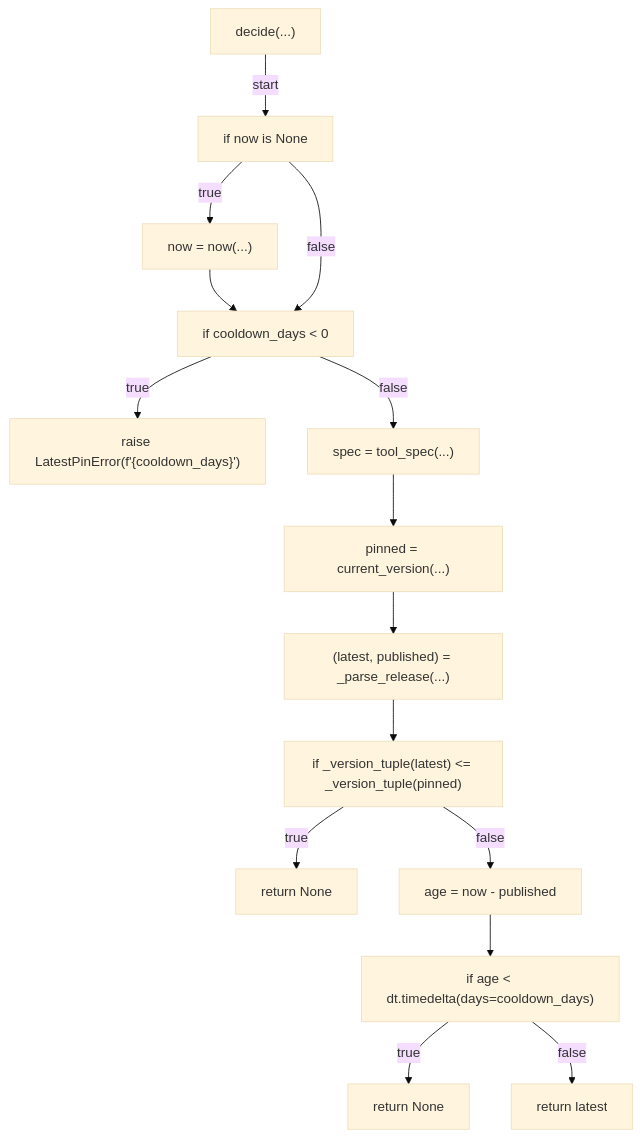
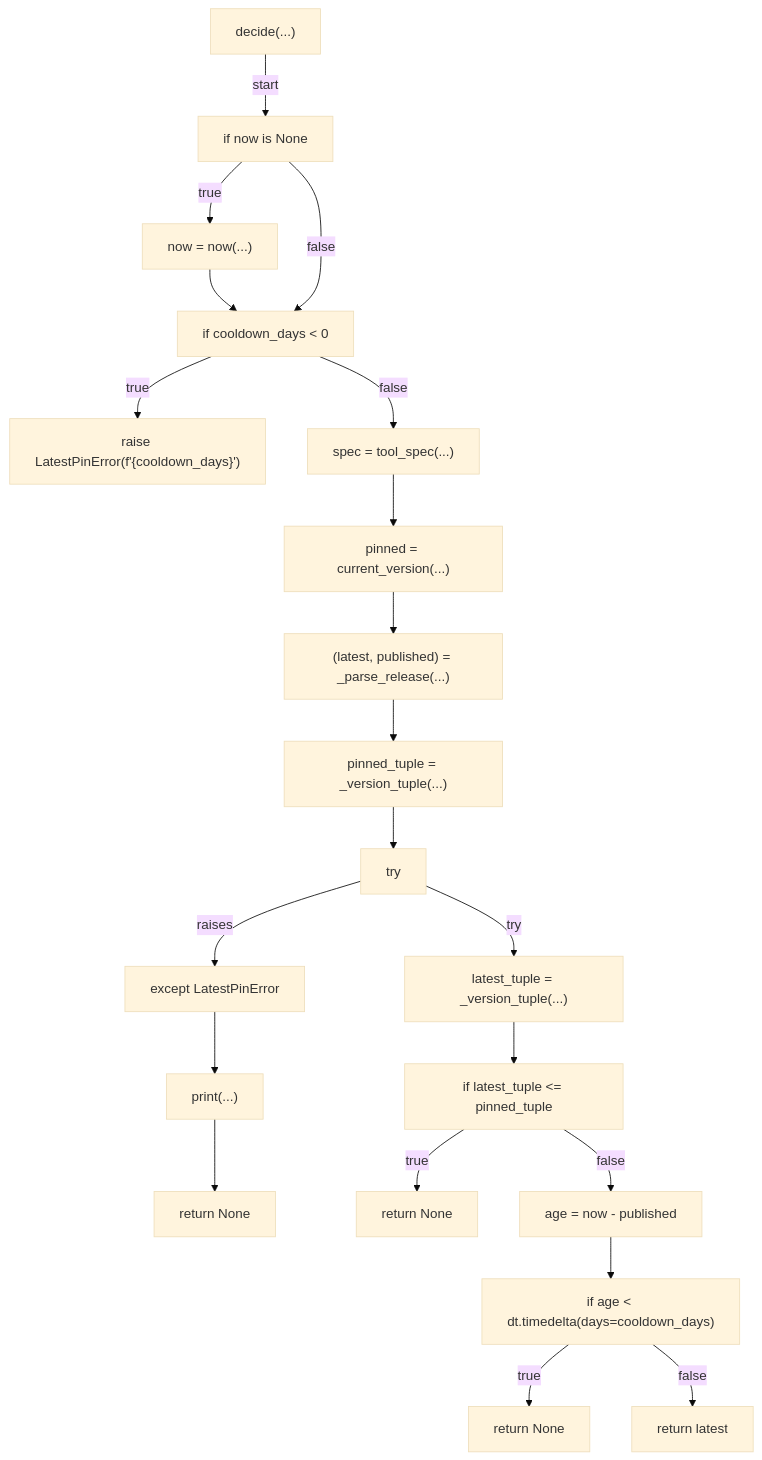
Before and after one commit to tvna/claude-md: the fifth of 7 diagrams in docs/generated/scripts/ast/flake_pin_latest.md, drawn with Mermaid (base theme).

Commit message:
docs(generated): regenerate decision tree and workflow diagrams
Refs #960

````diff
--- a/docs/generated/scripts/ast/flake_pin_latest.md
+++ b/docs/generated/scripts/ast/flake_pin_latest.md
@@ -118,31 +118,43 @@
 ```mermaid
 flowchart TD
     N001["decide(...)"]
     N002["if now is None"]
     N003["now = now(...)"]
     N004["if cooldown_days < 0"]
     N005["raise LatestPinError(f'<str>{cooldown_days}')"]
     N006["spec = tool_spec(...)"]
     N007["pinned = current_version(...)"]
     N008["(latest, published) = _parse_release(...)"]
-    N009["if _version_tuple(latest) <= _version_tuple(pinned)"]
-    N010["return None"]
-    N011["age = now - published"]
-    N012["if age < dt.timedelta(days=cooldown_days)"]
-    N013["return None"]
-    N014["return latest"]
+    N009["pinned_tuple = _version_tuple(...)"]
+    N010["try"]
+    N011["latest_tuple = _version_tuple(...)"]
+    N012["except LatestPinError"]
+    N013["print(...)"]
+    N014["return None"]
+    N015["if latest_tuple <= pinned_tuple"]
+    N016["return None"]
+    N017["age = now - published"]
+    N018["if age < dt.timedelta(days=cooldown_days)"]
+    N019["return None"]
+    N020["return latest"]
     N001 -->|"start"| N002
     N002 -->|"true"| N003
     N003 --> N004
     N002 -->|"false"| N004
     N004 -->|"true"| N005
     N004 -->|"false"| N006
     N006 --> N007
     N007 --> N008
     N008 --> N009
-    N009 -->|"true"| N010
-    N009 -->|"false"| N011
-    N011 --> N012
-    N012 -->|"true"| N013
-    N012 -->|"false"| N014
+    N009 --> N010
+    N010 -->|"try"| N011
+    N010 -->|"raises"| N012
+    N012 --> N013
+    N013 --> N014
+    N011 --> N015
+    N015 -->|"true"| N016
+    N015 -->|"false"| N017
+    N017 --> N018
+    N018 -->|"true"| N019
+    N018 -->|"false"| N020
 ```
````
